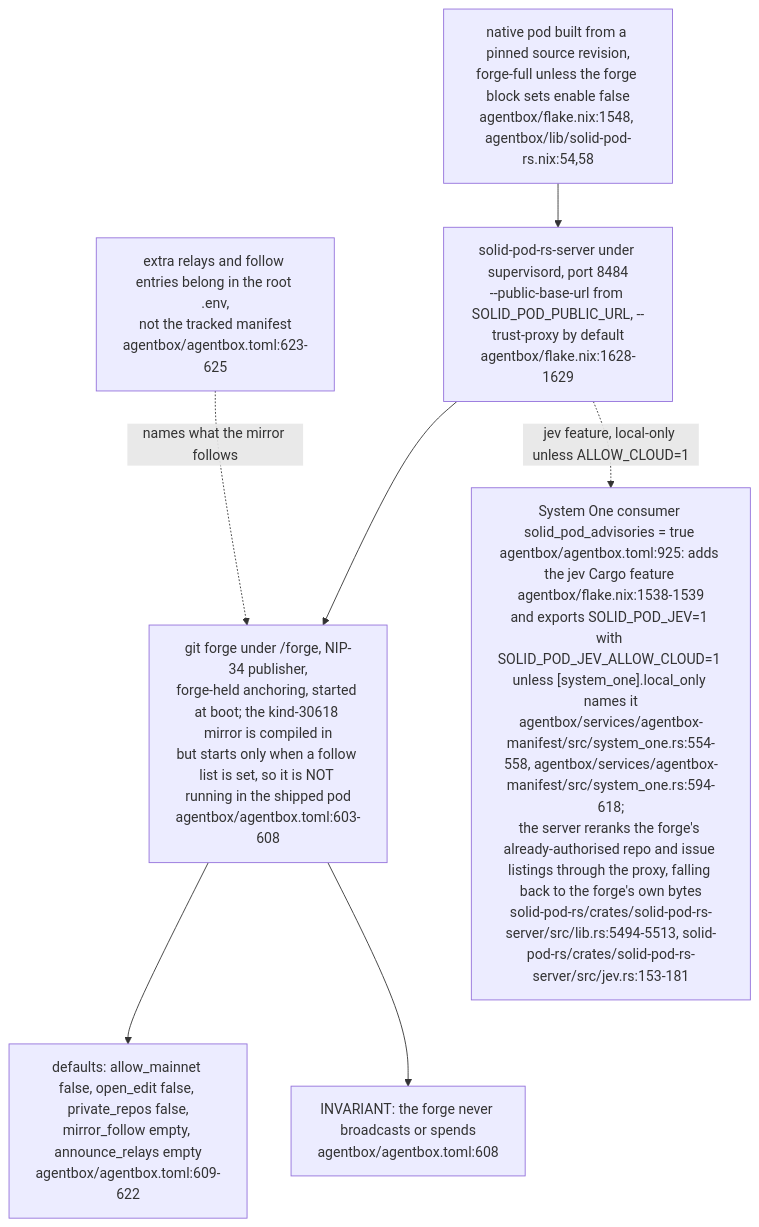
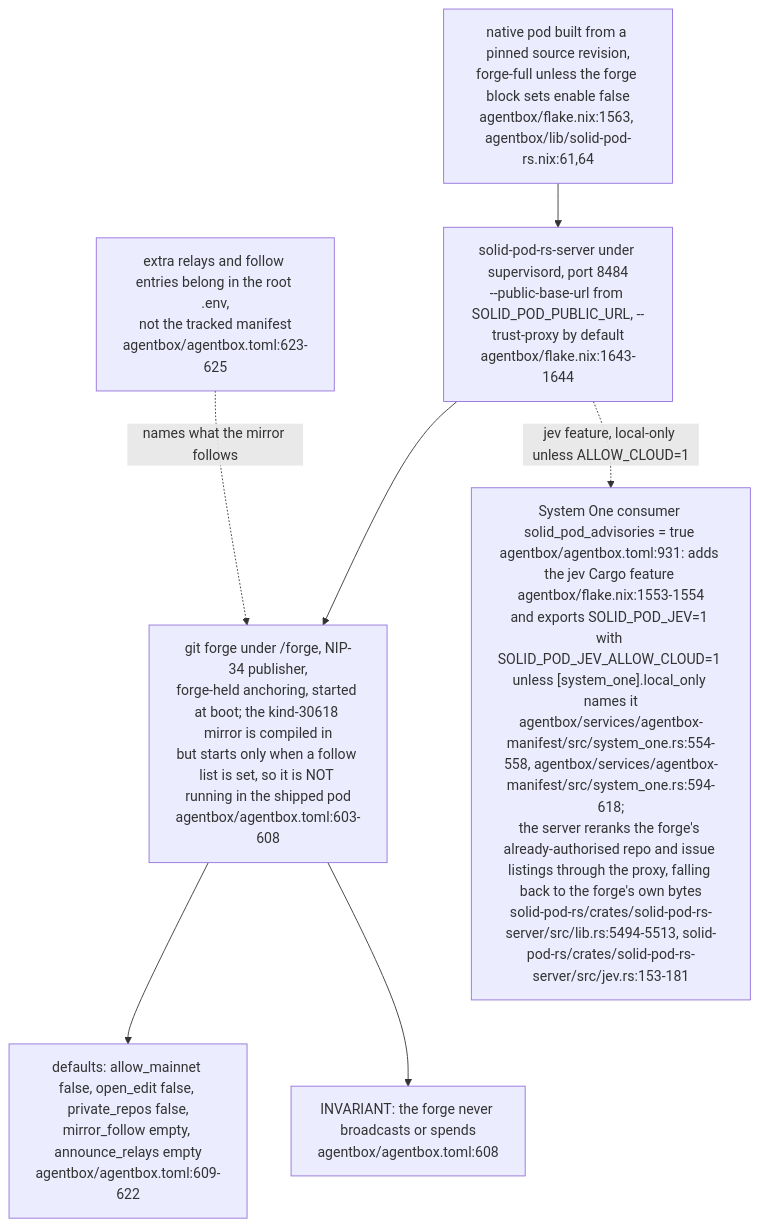
Diagram 13 of 13 in docs/diagrams/estate/08-solid-pod-estate.md (DreamLab-AI/VisionFlow), drawn with Mermaid before and after one commit. The commit also changed other lines of this file and 49 other files, not shown here.

First line of the commit message:
docs(diagrams): re-derive and re-stamp VisionClaw, estate, knowledge-graph, visionGraph, VisionFlow and sidestr topics

````diff
--- a/docs/diagrams/estate/08-solid-pod-estate.md
+++ b/docs/diagrams/estate/08-solid-pod-estate.md
@@ -552,15 +552,15 @@
 ```mermaid
 flowchart TB
-    PIN["native pod built from a pinned source revision,<br/>forge-full unless the forge block sets enable false<br/>agentbox/flake.nix:1548, agentbox/lib/solid-pod-rs.nix:54,58"]
-    SRV["solid-pod-rs-server under supervisord, port 8484<br/>--public-base-url from SOLID_POD_PUBLIC_URL, --trust-proxy by default<br/>agentbox/flake.nix:1628-1629"]
+    PIN["native pod built from a pinned source revision,<br/>forge-full unless the forge block sets enable false<br/>agentbox/flake.nix:1563, agentbox/lib/solid-pod-rs.nix:61,64"]
+    SRV["solid-pod-rs-server under supervisord, port 8484<br/>--public-base-url from SOLID_POD_PUBLIC_URL, --trust-proxy by default<br/>agentbox/flake.nix:1643-1644"]
     FORGE["git forge under /forge, NIP-34 publisher,<br/>forge-held anchoring, started at boot; the kind-30618 mirror is compiled in<br/>but starts only when a follow list is set, so it is NOT running in the shipped pod<br/>agentbox/agentbox.toml:603-608"]
     OFF["defaults: allow_mainnet false, open_edit false, private_repos false,<br/>mirror_follow empty, announce_relays empty<br/>agentbox/agentbox.toml:609-622"]
-    JEV["System One consumer solid_pod_advisories = true agentbox/agentbox.toml:925: adds the jev Cargo feature agentbox/flake.nix:1538-1539<br/>and exports SOLID_POD_JEV=1 with SOLID_POD_JEV_ALLOW_CLOUD=1 unless [system_one].local_only names it<br/>agentbox/services/agentbox-manifest/src/system_one.rs:554-558, agentbox/services/agentbox-manifest/src/system_one.rs:594-618;<br/>the server reranks the forge's already-authorised repo and issue listings through the proxy, falling back to the forge's own bytes<br/>solid-pod-rs/crates/solid-pod-rs-server/src/lib.rs:5494-5513, solid-pod-rs/crates/solid-pod-rs-server/src/jev.rs:153-181"]
+    JEV["System One consumer solid_pod_advisories = true agentbox/agentbox.toml:931: adds the jev Cargo feature agentbox/flake.nix:1553-1554<br/>and exports SOLID_POD_JEV=1 with SOLID_POD_JEV_ALLOW_CLOUD=1 unless [system_one].local_only names it<br/>agentbox/services/agentbox-manifest/src/system_one.rs:554-558, agentbox/services/agentbox-manifest/src/system_one.rs:594-618;<br/>the server reranks the forge's already-authorised repo and issue listings through the proxy, falling back to the forge's own bytes<br/>solid-pod-rs/crates/solid-pod-rs-server/src/lib.rs:5494-5513, solid-pod-rs/crates/solid-pod-rs-server/src/jev.rs:153-181"]
     ENV["extra relays and follow entries belong in the root .env,<br/>not the tracked manifest<br/>agentbox/agentbox.toml:623-625"]
     PIN --> SRV --> FORGE
     FORGE --> OFF
     SRV -.->|"jev feature, local-only unless ALLOW_CLOUD=1"| JEV
     ENV -.->|"names what the mirror follows"| FORGE
     NOANCHOR["INVARIANT: the forge never broadcasts or spends<br/>agentbox/agentbox.toml:608"]
     FORGE --> NOANCHOR
 ```
````
